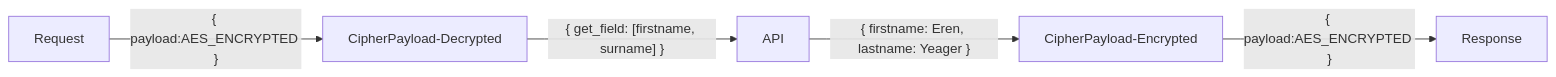
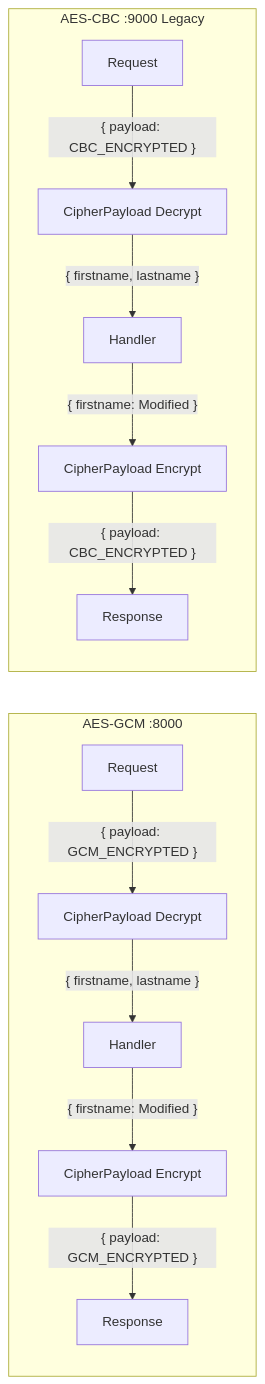
One commit to owlsome-official/cipherPayload changed the diagram in example/README.md. Above: the diagram before and after it, drawn with Mermaid. The commit also changed other lines of this file and 14 other files, not shown here.

Commit message:
[Updated - v2.0.0] - Breaking Changes (Default cipher mode is now AES-GCM)

````diff
--- a/example/README.md
+++ b/example/README.md
@@ -23,7 +22,16 @@
 ```mermaid
-  graph LR;
-    Request--"{ payload:AES_ENCRYPTED }"-->CipherPayload-Decrypted
-    CipherPayload-Decrypted--"{ get_field: [firstname, surname] }"-->API
-    API--"{ firstname: Eren, lastname: Yeager }"-->CipherPayload-Encrypted
-    CipherPayload-Encrypted--"{ payload:AES_ENCRYPTED }"-->Response
+graph LR;
+  subgraph gcm [AES-GCM :8000]
+    RequestGCM["Request"]--"{ payload: GCM_ENCRYPTED }"-->DecryptGCM["CipherPayload Decrypt"]
+    DecryptGCM--"{ firstname, lastname }"-->APIGCM["Handler"]
+    APIGCM--"{ firstname: Modified }"-->EncryptGCM["CipherPayload Encrypt"]
+    EncryptGCM--"{ payload: GCM_ENCRYPTED }"-->ResponseGCM["Response"]
+  end
+
+  subgraph cbc [AES-CBC :9000 Legacy]
+    RequestCBC["Request"]--"{ payload: CBC_ENCRYPTED }"-->DecryptCBC["CipherPayload Decrypt"]
+    DecryptCBC--"{ firstname, lastname }"-->APICBC["Handler"]
+    APICBC--"{ firstname: Modified }"-->EncryptCBC["CipherPayload Encrypt"]
+    EncryptCBC--"{ payload: CBC_ENCRYPTED }"-->ResponseCBC["Response"]
+  end
 ```
````
